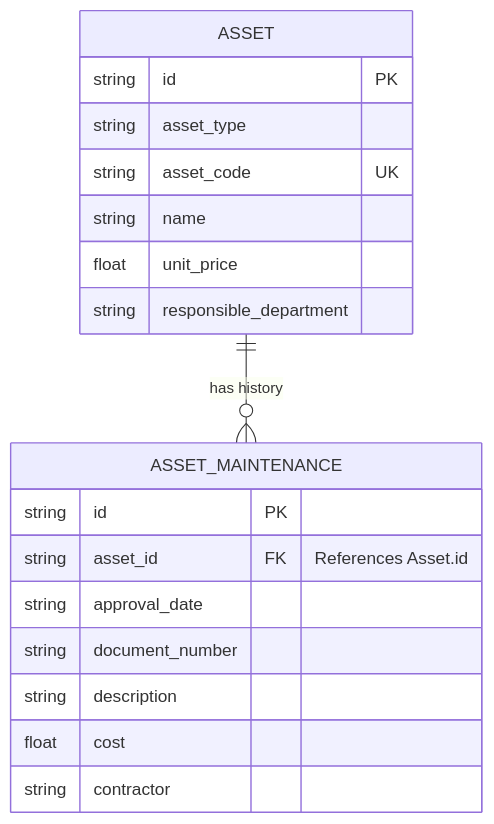
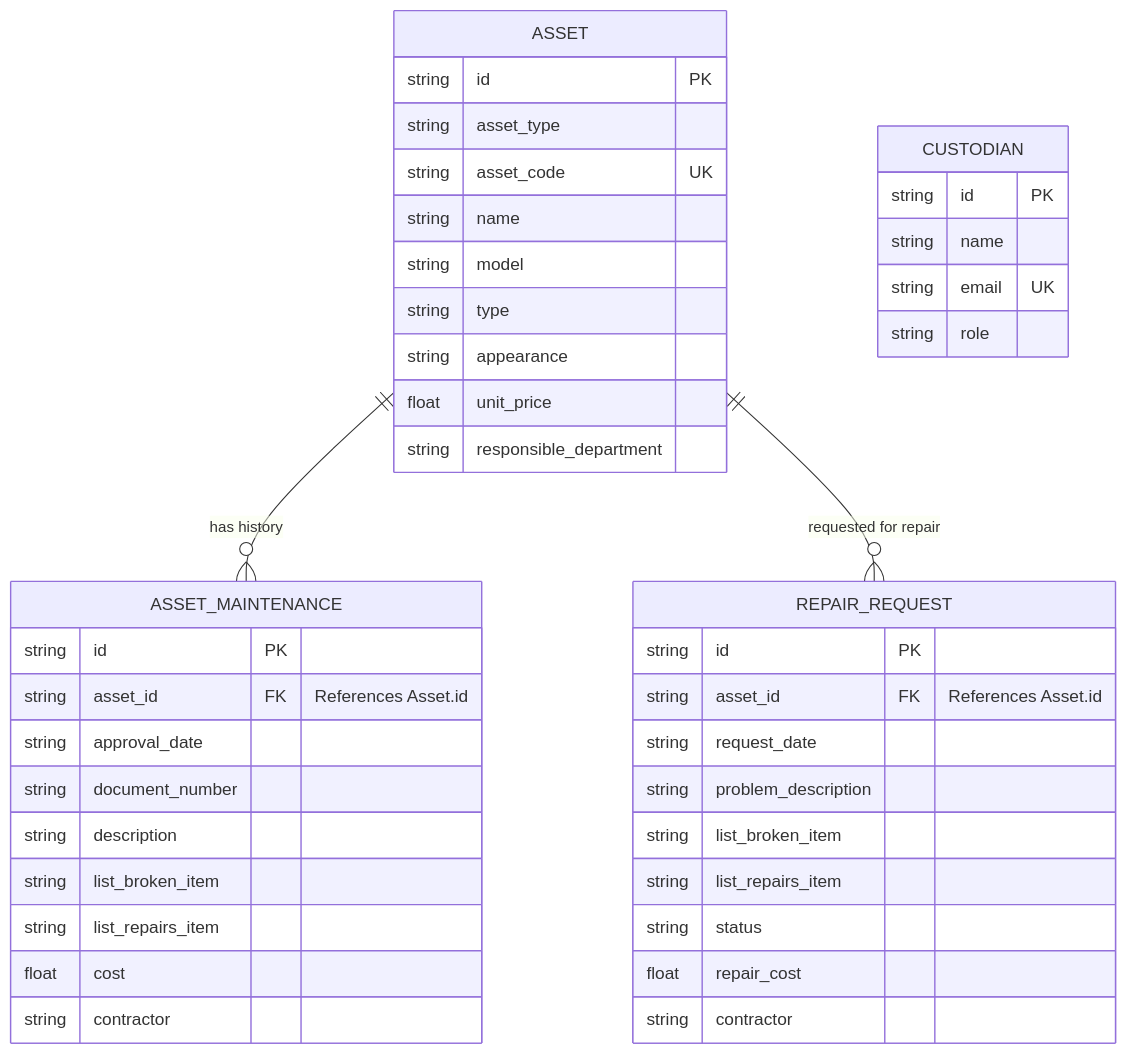
One commit to Key-EZ/inventory changed the diagram in DATA_MODEL.md. Above: the diagram before and after it, drawn with Mermaid. The commit also changed other lines of this file, not shown here.

Commit message:
docs: update DATA_MODEL.md to reflect recent database changes and new fields

````diff
--- a/DATA_MODEL.md
+++ b/DATA_MODEL.md
@@ -86,21 +127,44 @@
 ```mermaid
 erDiagram
     ASSET ||--o{ ASSET_MAINTENANCE : "has history"
+    ASSET ||--o{ REPAIR_REQUEST : "requested for repair"
     ASSET {
         string id PK
         string asset_type
         string asset_code UK
         string name
+        string model
+        string type
+        string appearance
         float unit_price
         string responsible_department
     }
     ASSET_MAINTENANCE {
         string id PK
         string asset_id FK "References Asset.id"
         string approval_date
         string document_number
         string description
+        string list_broken_item
+        string list_repairs_item
         float cost
         string contractor
     }
+    REPAIR_REQUEST {
+        string id PK
+        string asset_id FK "References Asset.id"
+        string request_date
+        string problem_description
+        string list_broken_item
+        string list_repairs_item
+        string status
+        float repair_cost
+        string contractor
+    }
+    CUSTODIAN {
+        string id PK
+        string name
+        string email UK
+        string role
+    }
 ```
````
